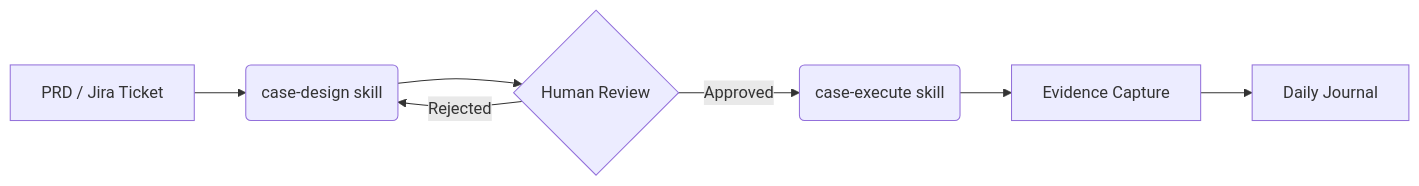
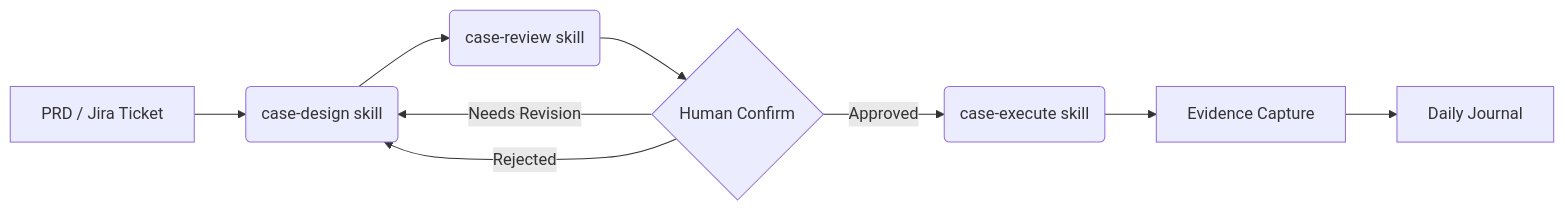
One commit to WilliamMunster/testcase-os changed the first of 3 diagrams in README.md. Above: the diagram before and after it, drawn with Mermaid. The commit also changed other lines of this file and 2 other files, not shown here.

First line of the commit message:
docs: update workflow diagrams and add AI review config section

````diff
--- a/README.md
+++ b/README.md
@@ -23,9 +23,11 @@
 ```mermaid
 graph LR
     PRD[PRD / Jira Ticket] --> CD(case-design skill)
-    CD --> REV{Human Review}
+    CD --> CR(case-review skill)
+    CR --> REV{Human Confirm}
     REV -- Approved --> EXE(case-execute skill)
+    REV -- Needs Revision --> CD
     REV -- Rejected --> CD
     EXE --> EVI[Evidence Capture]
     EVI --> JOU[Daily Journal]
 ```
````
